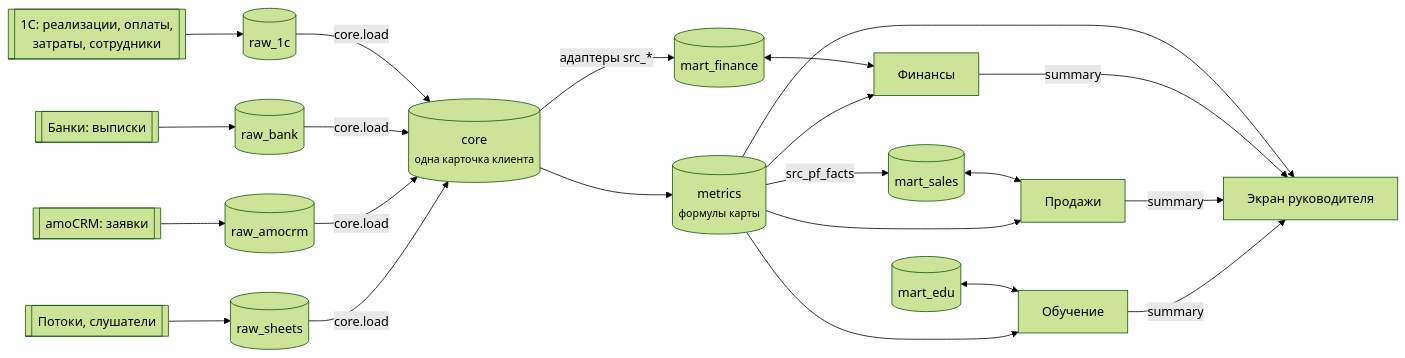
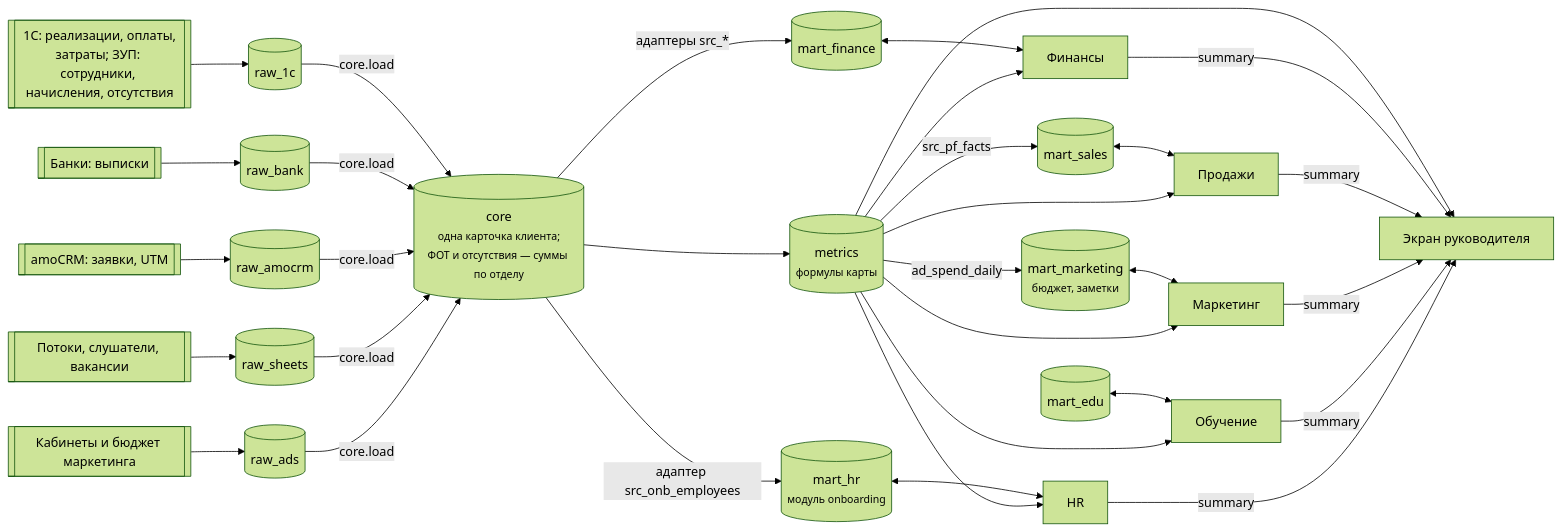
The third of 5 diagrams in examples/airl-hub-demo/ARCHITECTURE.md (aza9908/airl-skills), drawn with Mermaid (forest theme) before and after one commit. The commit also changed other lines of this file and 123 other files, not shown here.

````diff
--- a/examples/airl-hub-demo/ARCHITECTURE.md
+++ b/examples/airl-hub-demo/ARCHITECTURE.md
@@ -78,17 +85,22 @@
 ```mermaid
 flowchart LR
-    C1[["1С: реализации, оплаты,<br/>затраты, сотрудники"]] --> R1[("raw_1c")]
+    C1[["1С: реализации, оплаты,<br/>затраты; ЗУП: сотрудники, начисления, отсутствия"]] --> R1[("raw_1c")]
     BK[["Банки: выписки"]] --> R2[("raw_bank")]
-    AMO[["amoCRM: заявки"]] --> R3[("raw_amocrm")]
-    GS[["Потоки, слушатели"]] --> R4[("raw_sheets")]
-    R1 & R2 & R3 & R4 -->|core.load| CORE[("core<br/><small>одна карточка клиента</small>")]
+    AMO[["amoCRM: заявки, UTM"]] --> R3[("raw_amocrm")]
+    GS[["Потоки, слушатели, вакансии"]] --> R4[("raw_sheets")]
+    AD[["Кабинеты и бюджет маркетинга"]] --> R5[("raw_ads")]
+    R1 & R2 & R3 & R4 & R5 -->|core.load| CORE[("core<br/><small>одна карточка клиента;<br/>ФОТ и отсутствия — суммы по отделу</small>")]
     CORE --> MET[("metrics<br/><small>формулы карты</small>")]
     CORE -->|адаптеры src_*| MF[("mart_finance")]
     MET -->|src_pf_facts| MS[("mart_sales")]
     MET --> HUB["Экран руководителя"]
     MF <--> FIN["Финансы"]
     MS <--> SAL["Продажи"]
     ME[("mart_edu")] <--> EDU["Обучение"]
-    MET --> FIN & SAL & EDU
-    FIN & SAL & EDU -->|summary| HUB
+    CORE -->|адаптер src_onb_employees| MH[("mart_hr<br/><small>модуль onboarding</small>")]
+    MH <--> HR["HR"]
+    MM[("mart_marketing<br/><small>бюджет, заметки</small>")] <--> MKT["Маркетинг"]
+    MET -->|ad_spend_daily| MM
+    MET --> FIN & SAL & MKT & EDU & HR
+    FIN & SAL & MKT & EDU & HR -->|summary| HUB
 ```
````
